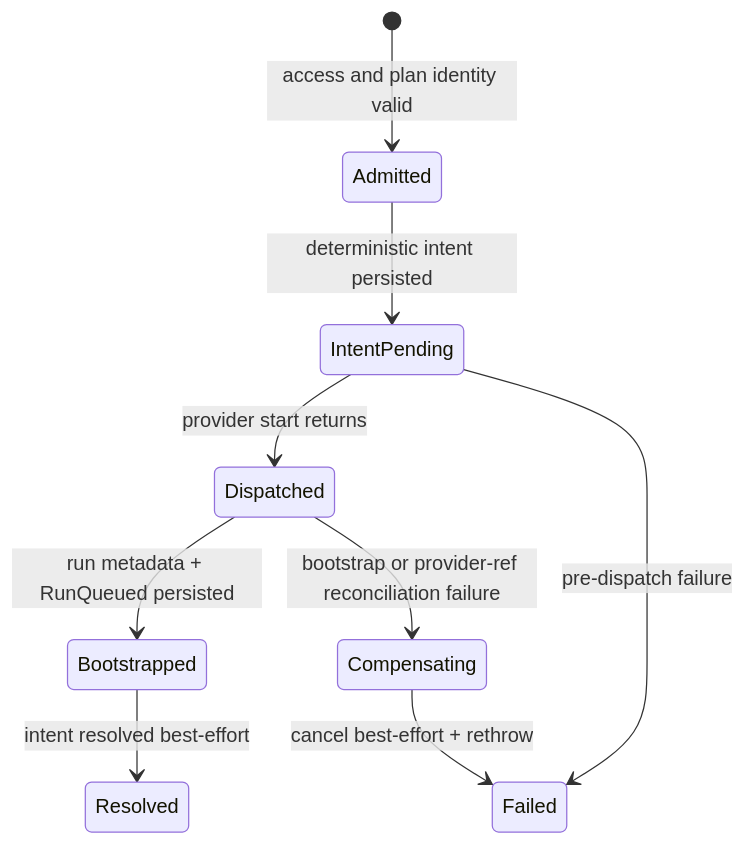
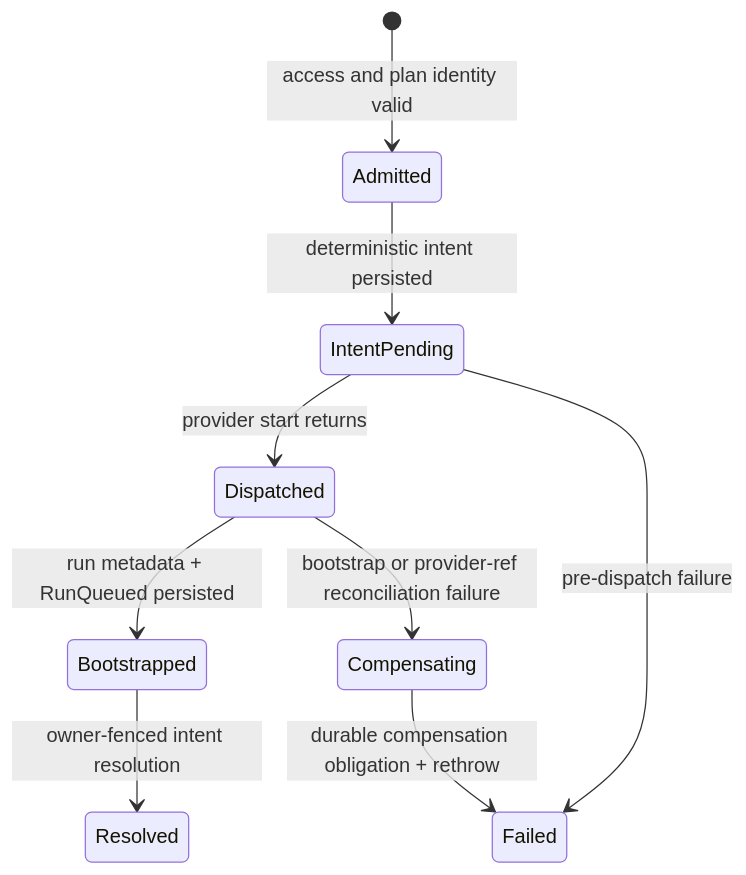
The third of 3 diagrams in docs/architecture/components/engine/architecture/start-run-application-decomposition-component.md (dunay2/dvt), drawn with Mermaid before and after one commit. The commit also changed other lines of this file and 106 other files, not shown here.

````diff
--- a/docs/architecture/components/engine/architecture/start-run-application-decomposition-component.md
+++ b/docs/architecture/components/engine/architecture/start-run-application-decomposition-component.md
@@ -135,11 +140,11 @@
 ```mermaid
 stateDiagram-v2
   [*] --> Admitted: access and plan identity valid
   Admitted --> IntentPending: deterministic intent persisted
   IntentPending --> Dispatched: provider start returns
   Dispatched --> Bootstrapped: run metadata + RunQueued persisted
-  Bootstrapped --> Resolved: intent resolved best-effort
+  Bootstrapped --> Resolved: owner-fenced intent resolution
   IntentPending --> Failed: pre-dispatch failure
   Dispatched --> Compensating: bootstrap or provider-ref reconciliation failure
-  Compensating --> Failed: cancel best-effort + rethrow
+  Compensating --> Failed: durable compensation obligation + rethrow
 ```
````
